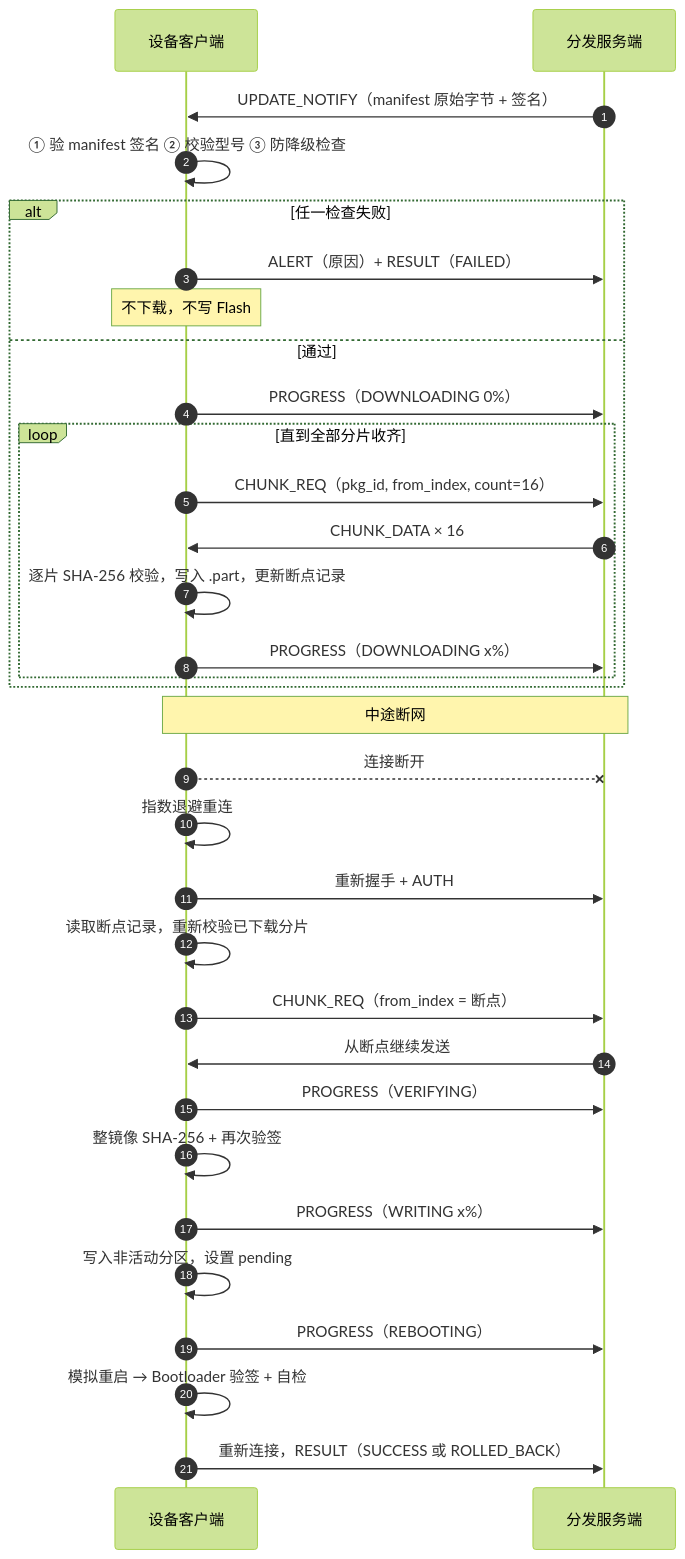
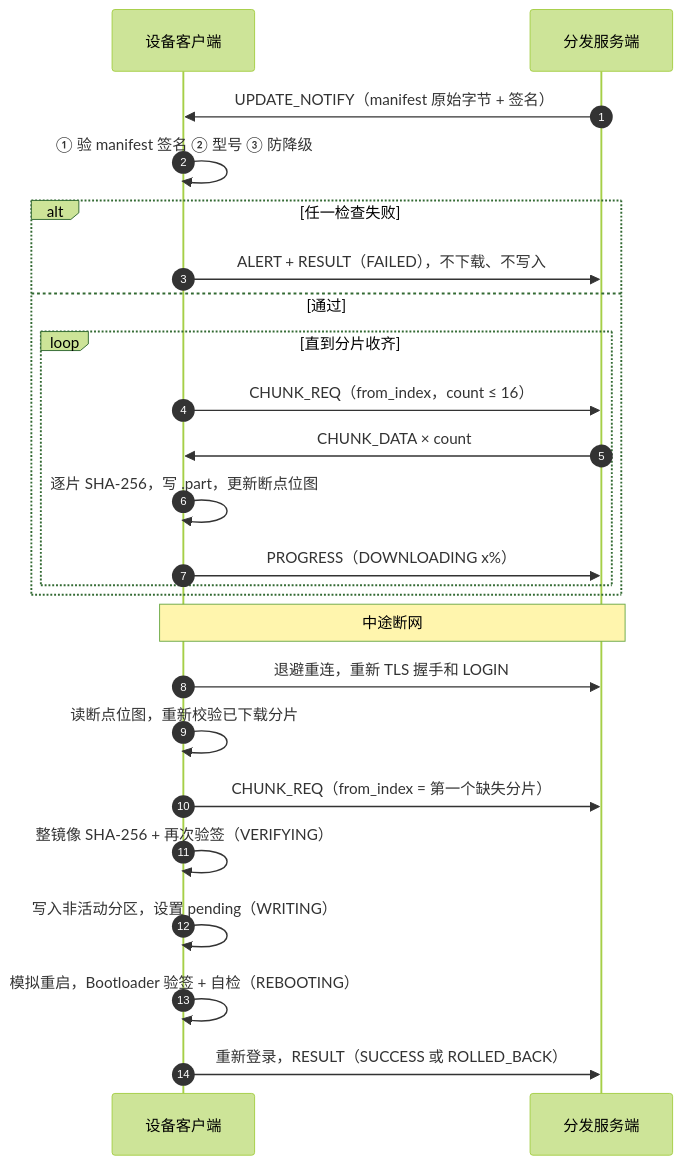
One commit to ahu-iii/firmware-distribution-system changed the sixth of 11 diagrams in docs/系统设计说明书.md. Above: the diagram before and after it, drawn with Mermaid (forest theme). The commit also changed other lines of this file and 54 other files, not shown here.

````diff
--- a/docs/系统设计说明书.md
+++ b/docs/系统设计说明书.md
@@ -426,34 +250,26 @@
 ```mermaid
 sequenceDiagram
     autonumber
     participant C as 设备客户端
     participant S as 分发服务端
     S->>C: UPDATE_NOTIFY（manifest 原始字节 + 签名）
-    C->>C: ① 验 manifest 签名 ② 校验型号 ③ 防降级检查
+    C->>C: ① 验 manifest 签名 ② 型号 ③ 防降级
     alt 任一检查失败
-        C->>S: ALERT（原因）+ RESULT（FAILED）
-        Note over C: 不下载，不写 Flash
+        C->>S: ALERT + RESULT（FAILED），不下载、不写入
     else 通过
-        C->>S: PROGRESS（DOWNLOADING 0%）
-        loop 直到全部分片收齐
-            C->>S: CHUNK_REQ（pkg_id, from_index, count=16）
-            S->>C: CHUNK_DATA × 16
-            C->>C: 逐片 SHA-256 校验，写入 .part，更新断点记录
+        loop 直到分片收齐
+            C->>S: CHUNK_REQ（from_index，count ≤ 16）
+            S->>C: CHUNK_DATA × count
+            C->>C: 逐片 SHA-256，写 .part，更新断点位图
             C->>S: PROGRESS（DOWNLOADING x%）
         end
     end
     Note over C,S: 中途断网
-    C--xS: 连接断开
-    C->>C: 指数退避重连
-    C->>S: 重新握手 + AUTH
-    C->>C: 读取断点记录，重新校验已下载分片
-    C->>S: CHUNK_REQ（from_index = 断点）
-    S->>C: 从断点继续发送
-    C->>S: PROGRESS（VERIFYING）
-    C->>C: 整镜像 SHA-256 + 再次验签
-    C->>S: PROGRESS（WRITING x%）
-    C->>C: 写入非活动分区，设置 pending
-    C->>S: PROGRESS（REBOOTING）
-    C->>C: 模拟重启 → Bootloader 验签 + 自检
-    C->>S: 重新连接，RESULT（SUCCESS 或 ROLLED_BACK）
+    C->>S: 退避重连，重新 TLS 握手和 LOGIN
+    C->>C: 读断点位图，重新校验已下载分片
+    C->>S: CHUNK_REQ（from_index = 第一个缺失分片）
+    C->>C: 整镜像 SHA-256 + 再次验签（VERIFYING）
+    C->>C: 写入非活动分区，设置 pending（WRITING）
+    C->>C: 模拟重启，Bootloader 验签 + 自检（REBOOTING）
+    C->>S: 重新登录，RESULT（SUCCESS 或 ROLLED_BACK）
 ```
````
